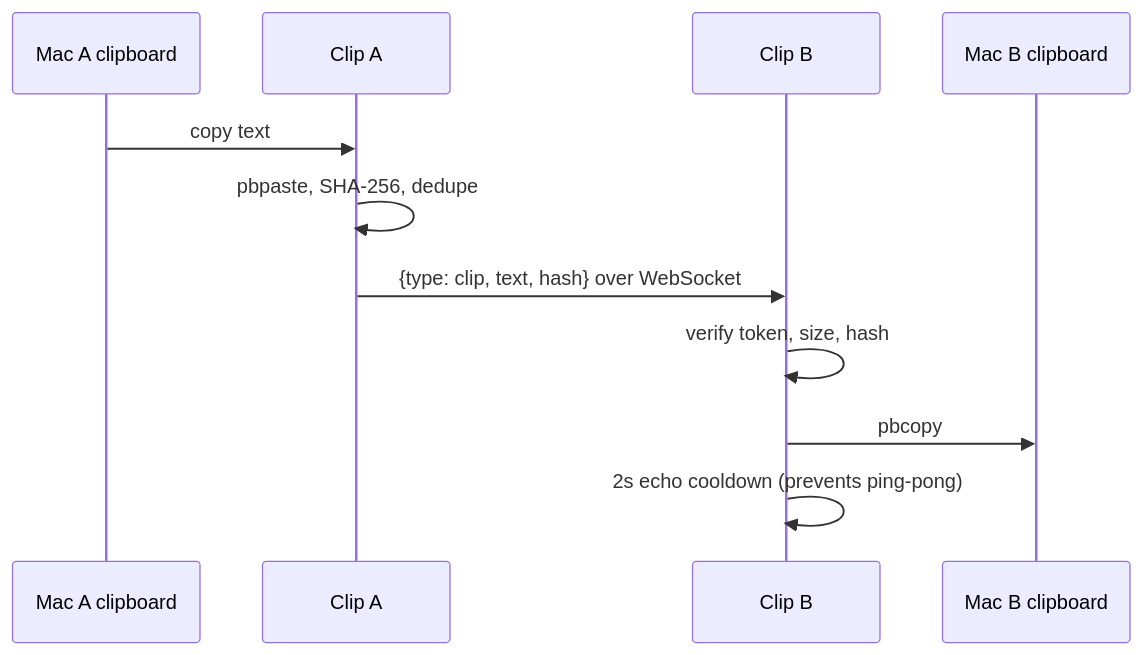
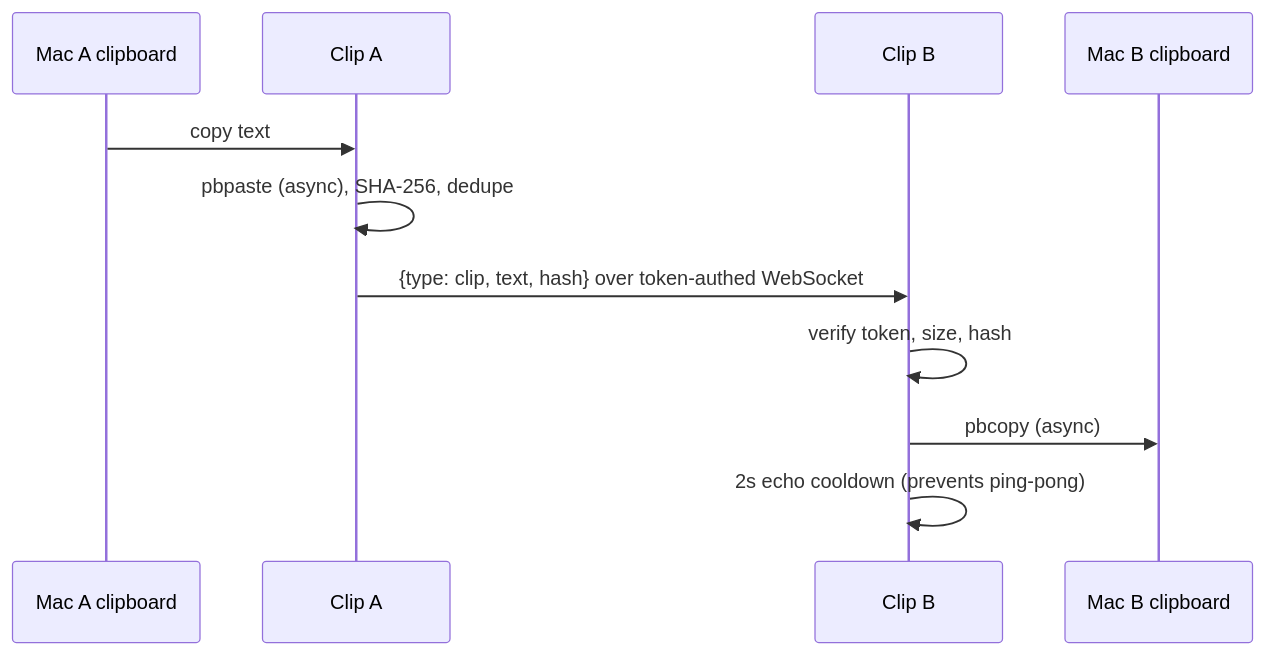
Before and after one commit to bunlongheng/clip: the second of 2 diagrams in README.md, drawn with Mermaid. The commit also changed other lines of this file and 30 other files, not shown here.

````diff
--- a/README.md
+++ b/README.md
@@ -64,13 +71,13 @@
 ```mermaid
 sequenceDiagram
     participant A as Mac A clipboard
     participant CA as Clip A
     participant CB as Clip B
     participant B as Mac B clipboard
     A->>CA: copy text
-    CA->>CA: pbpaste, SHA-256, dedupe
-    CA->>CB: {type: clip, text, hash} over WebSocket
+    CA->>CA: pbpaste (async), SHA-256, dedupe
+    CA->>CB: {type: clip, text, hash} over token-authed WebSocket
     CB->>CB: verify token, size, hash
-    CB->>B: pbcopy
+    CB->>B: pbcopy (async)
     CB->>CB: 2s echo cooldown (prevents ping-pong)
 ```
````
